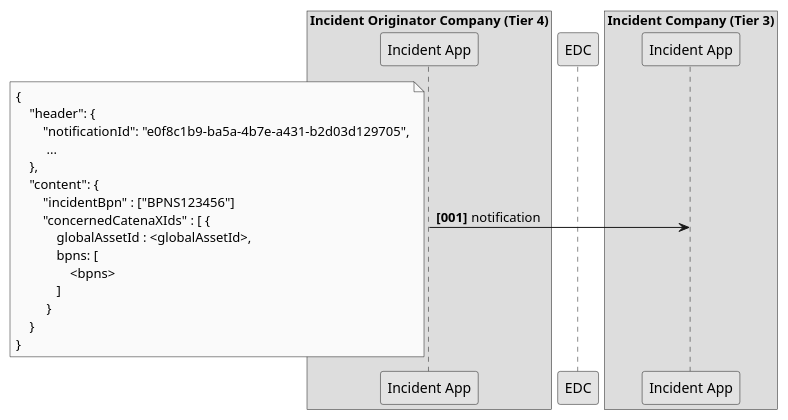
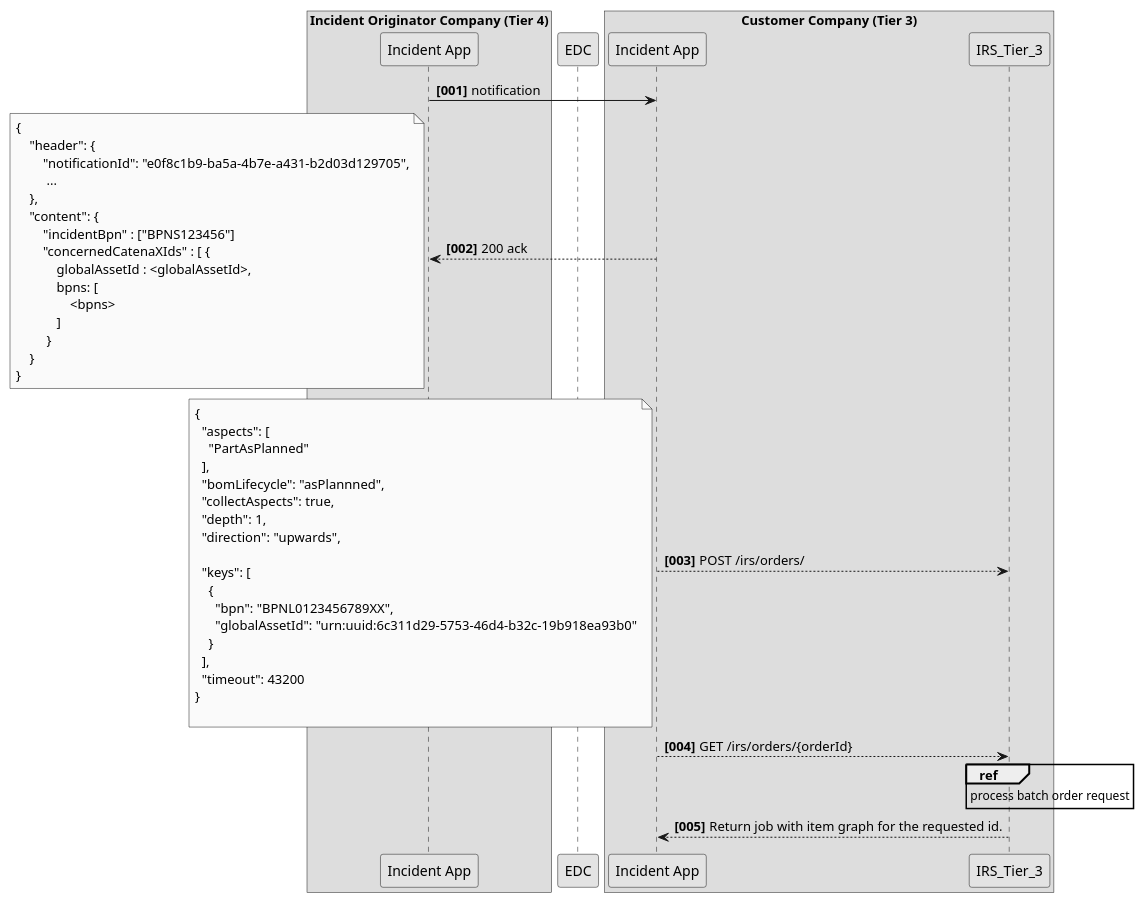
One commit to eclipse-tractusx/item-relationship-service changed the diagram in docs/src/uml-diagrams/irs-recursive/ess-bottom-up/sequence/ess-bottom-up-sequence-customer-highlevel.puml. Above: the diagram before and after it, drawn with PlantUML. The commit also changed 6 other files, not shown here.

```diff
--- a/docs/src/uml-diagrams/irs-recursive/ess-bottom-up/sequence/ess-bottom-up-sequence-customer-highlevel.puml
+++ b/docs/src/uml-diagrams/irs-recursive/ess-bottom-up/sequence/ess-bottom-up-sequence-customer-highlevel.puml
@@ -1,39 +1,67 @@
 @startuml
 skinparam monochrome true
 skinparam shadowing false
 skinparam defaultFontName "Architects daughter"
 
 autonumber "<b>[000]"
 
 box Incident Originator Company (Tier 4)
     participant "Incident App" as BusinessApp_Tier_4
 end box
 
 participant EDC
 
-box Incident Company (Tier 3)
+box Customer Company (Tier 3)
 participant "Incident App" as BusinessApp_Tier_3
 
 
 BusinessApp_Tier_4 -> BusinessApp_Tier_3 : notification
+BusinessApp_Tier_4 <-- BusinessApp_Tier_3 : 200 ack
 note left
 {
     "header": {
         "notificationId": "e0f8c1b9-ba5a-4b7e-a431-b2d03d129705",
          ...
     },
     "content": {
         "incidentBpn" : ["BPNS123456"]
         "concernedCatenaXIds" : [ {
             globalAssetId : <globalAssetId>,
             bpns: [
                 <bpns>
             ]
          }
     }
 }
 end note
 
+    BusinessApp_Tier_3 --> IRS_Tier_3 :  POST /irs/orders/
+    note left
+        {
+          "aspects": [
+            "PartAsPlanned"
+          ],
+          "bomLifecycle": "asPlannned",
+          "collectAspects": true,
+          "depth": 1,
+          "direction": "upwards",
+
+          "keys": [
+            {
+              "bpn": "BPNL0123456789XX",
+              "globalAssetId": "urn:uuid:6c311d29-5753-46d4-b32c-19b918ea93b0"
+            }
+          ],
+          "timeout": 43200
+        }
+
+    end note
+    BusinessApp_Tier_3 --> IRS_Tier_3 :  GET /irs/orders/{orderId}
+    ref over IRS_Tier_3
+        process batch order request
+    end ref
+    BusinessApp_Tier_3 <-- IRS_Tier_3 : Return job with item graph for the requested id.
+
 
 
 @enduml
```
